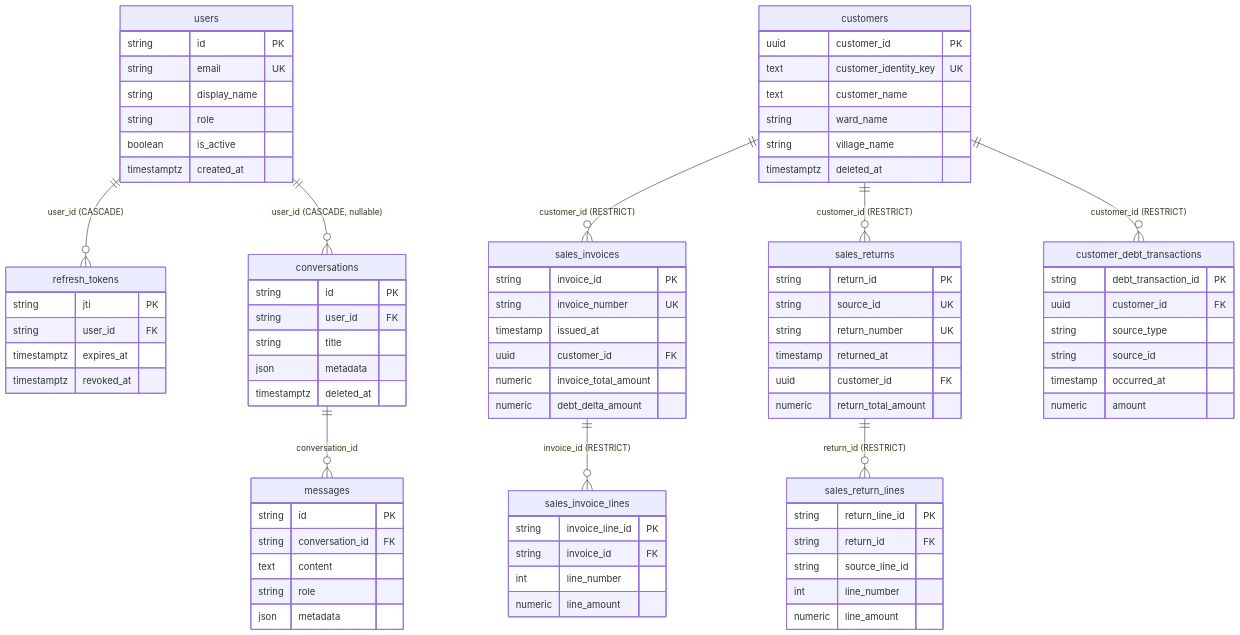
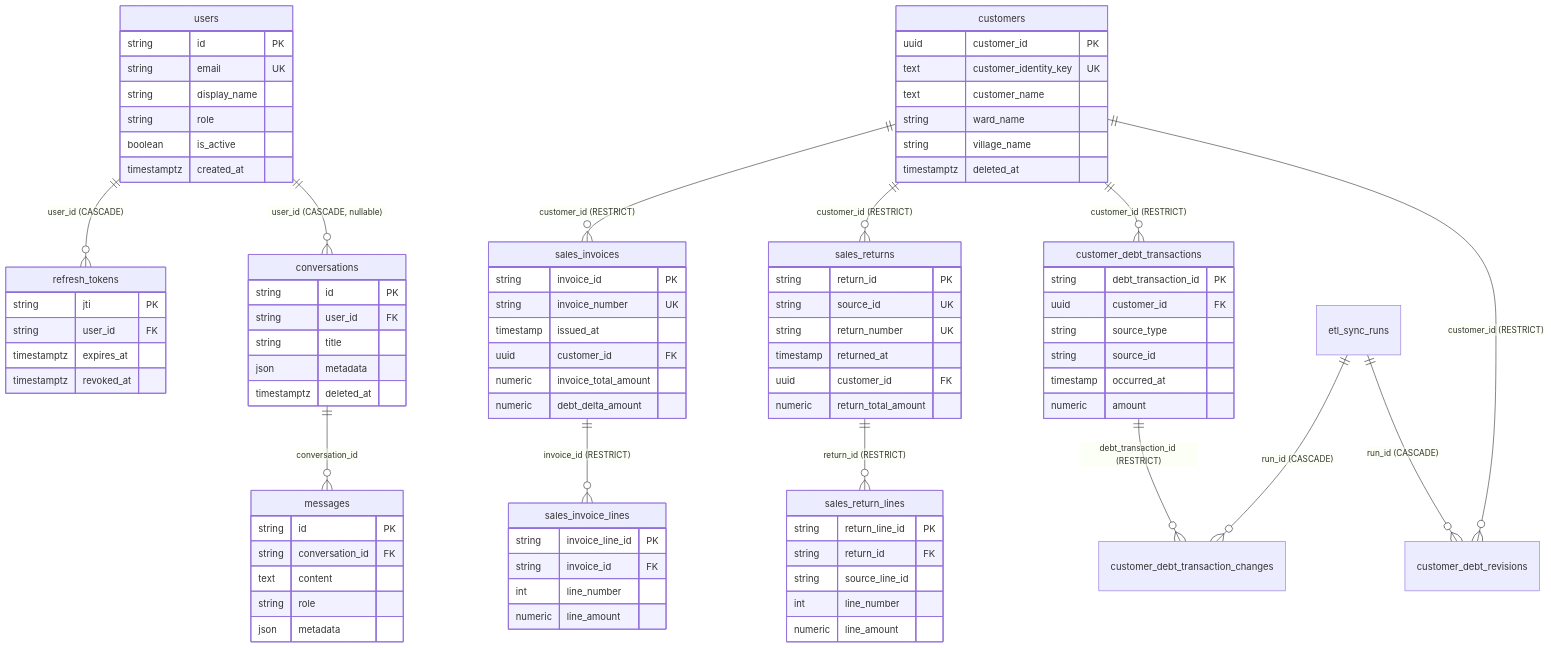
The diagram in docs/data-model.md (congth2001/AI_ASSISTANT), drawn with Mermaid before and after one commit. The commit also changed other lines of this file and 21 other files, not shown here.

First line of the commit message:
feat(sales): audit retroactive debt changes between ETL runs

```diff
--- a/docs/data-model.md
+++ b/docs/data-model.md
@@ -16,6 +16,10 @@
     customers ||--o{ customer_debt_transactions : "customer_id (RESTRICT)"
     sales_invoices ||--o{ sales_invoice_lines : "invoice_id (RESTRICT)"
     sales_returns ||--o{ sales_return_lines : "return_id (RESTRICT)"
+    etl_sync_runs ||--o{ customer_debt_transaction_changes : "run_id (CASCADE)"
+    etl_sync_runs ||--o{ customer_debt_revisions : "run_id (CASCADE)"
+    customer_debt_transactions ||--o{ customer_debt_transaction_changes : "debt_transaction_id (RESTRICT)"
+    customers ||--o{ customer_debt_revisions : "customer_id (RESTRICT)"
 
     users {
         string id PK
```
